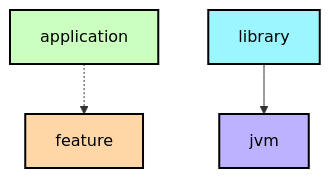
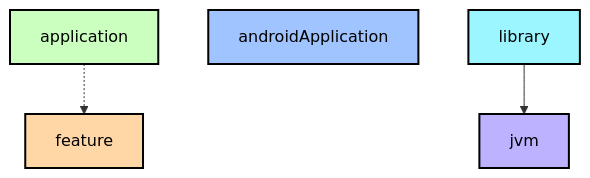
The second of 2 diagrams in feature/bookmarks/impl/README.md (lihenggui/nowinkmp), drawn with Mermaid before and after one commit. The commit also changed other lines of this file and 238 other files, not shown here.

````diff
--- a/feature/bookmarks/impl/README.md
+++ b/feature/bookmarks/impl/README.md
@@ -70,17 +71,19 @@
 ```mermaid
 graph TB
   application[application]:::cmp-application
   feature[feature]:::cmp-feature
+  androidApplication[androidApplication]:::android-application
   library[library]:::kmp-library
   jvm[jvm]:::jvm-library
 
   application -.-> feature
   library --> jvm
 
 classDef cmp-application fill:#CAFFBF,stroke:#000,stroke-width:2px,color:#000;
 classDef cmp-feature fill:#FFD6A5,stroke:#000,stroke-width:2px,color:#000;
+classDef android-application fill:#A0C4FF,stroke:#000,stroke-width:2px,color:#000;
 classDef kmp-library fill:#9BF6FF,stroke:#000,stroke-width:2px,color:#000;
 classDef jvm-library fill:#BDB2FF,stroke:#000,stroke-width:2px,color:#000;
 classDef android-test fill:#A0C4FF,stroke:#000,stroke-width:2px,color:#000;
 classDef unknown fill:#FFADAD,stroke:#000,stroke-width:2px,color:#000;
 ```
````
